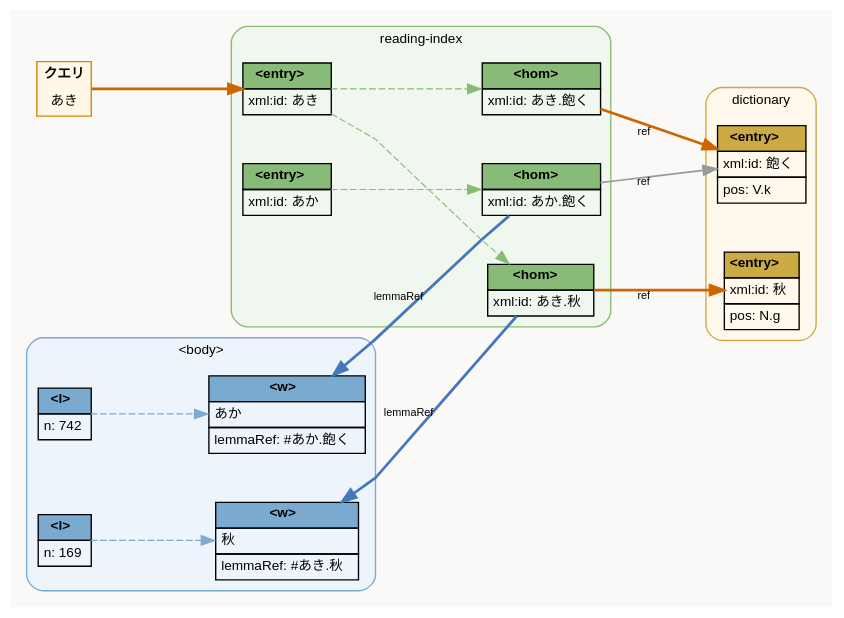
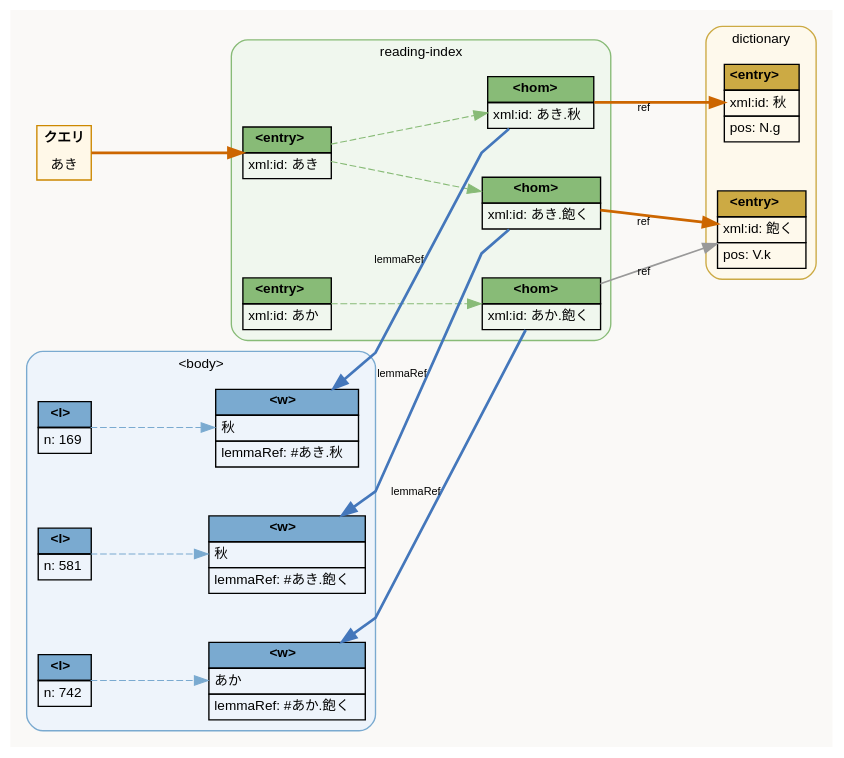
One commit to idiig/kokin-tei-merge changed the diagram in docs/search-ex2.dot. Above: the diagram before and after it, drawn with Graphviz. The commit also changed 1 other file, not shown here.

Commit message:
docs: Add third word node with autumn lemma to search example diagram
Add w3 node (秋, n: 581) linking via lemmaRef to hom_aki_aku,
illustrating additional reference to the "飽く" homonym.

```diff
--- a/docs/search-ex2.dot
+++ b/docs/search-ex2.dot
@@ -1,123 +1,136 @@
 digraph search_aki {
   graph [
     rankdir=LR
     fontname="Helvetica"
     bgcolor="#faf9f7"
     splines=polyline
     nodesep=0.5
     ranksep=1.2
     newrank=true
   ]
   node [fontname="Helvetica" fontsize=10 shape=plain]
   edge [fontname="Helvetica" fontsize=8 color="#aaaaaa" penwidth=0.8]
 
   /* ── query input ── */
   query [label=<<TABLE BORDER="1" CELLBORDER="0" CELLSPACING="0" CELLPADDING="4" BGCOLOR="#fff8e8" COLOR="#cc8800">
     <TR><TD><B>クエリ</B></TD></TR>
     <TR><TD>あき</TD></TR>
   </TABLE>>]
 
   /* ── reading-index ── */
   subgraph cluster_ri {
     label="reading-index"
     style="filled,rounded"
     fillcolor="#f0f7ee"
     color="#88bb77"
     fontname="Helvetica"
     fontsize=10
 
     ri_aki [label=<<TABLE BORDER="0" CELLBORDER="1" CELLSPACING="0" CELLPADDING="3">
       <TR><TD BGCOLOR="#88bb77"><B>&lt;entry&gt;</B></TD></TR>
       <TR><TD ALIGN="LEFT">xml:id: あき</TD></TR>
     </TABLE>>]
 
     hom_aki_aki [label=<<TABLE BORDER="0" CELLBORDER="1" CELLSPACING="0" CELLPADDING="3">
       <TR><TD BGCOLOR="#88bb77"><B>&lt;hom&gt;</B></TD></TR>
       <TR><TD ALIGN="LEFT">xml:id: あき.秋</TD></TR>
     </TABLE>>]
 
     hom_aki_aku [label=<<TABLE BORDER="0" CELLBORDER="1" CELLSPACING="0" CELLPADDING="3">
       <TR><TD BGCOLOR="#88bb77"><B>&lt;hom&gt;</B></TD></TR>
       <TR><TD ALIGN="LEFT">xml:id: あき.飽く</TD></TR>
     </TABLE>>]
 
     ri_aka [label=<<TABLE BORDER="0" CELLBORDER="1" CELLSPACING="0" CELLPADDING="3">
       <TR><TD BGCOLOR="#88bb77"><B>&lt;entry&gt;</B></TD></TR>
       <TR><TD ALIGN="LEFT">xml:id: あか</TD></TR>
     </TABLE>>]
 
     hom_aka_aku [label=<<TABLE BORDER="0" CELLBORDER="1" CELLSPACING="0" CELLPADDING="3">
       <TR><TD BGCOLOR="#88bb77"><B>&lt;hom&gt;</B></TD></TR>
       <TR><TD ALIGN="LEFT">xml:id: あか.飽く</TD></TR>
     </TABLE>>]
 
     ri_aki  -> hom_aki_aki [style=dashed color="#88bb77"]
     ri_aki  -> hom_aki_aku [style=dashed color="#88bb77"]
     ri_aka  -> hom_aka_aku [style=dashed color="#88bb77"]
   }
 
   /* ── dictionary ── */
   subgraph cluster_dict {
     label="dictionary"
     style="filled,rounded"
     fillcolor="#fef9ec"
     color="#ccaa44"
     fontname="Helvetica"
     fontsize=10
 
     e_aki [label=<<TABLE BORDER="0" CELLBORDER="1" CELLSPACING="0" CELLPADDING="3">
       <TR><TD BGCOLOR="#ccaa44"><B>&lt;entry&gt;</B></TD></TR>
       <TR><TD ALIGN="LEFT">xml:id: 秋</TD></TR>
       <TR><TD ALIGN="LEFT">pos: N.g</TD></TR>
     </TABLE>>]
 
     e_aku [label=<<TABLE BORDER="0" CELLBORDER="1" CELLSPACING="0" CELLPADDING="3">
       <TR><TD BGCOLOR="#ccaa44"><B>&lt;entry&gt;</B></TD></TR>
       <TR><TD ALIGN="LEFT">xml:id: 飽く</TD></TR>
       <TR><TD ALIGN="LEFT">pos: V.k</TD></TR>
     </TABLE>>]
   }
 
   /* ── body ── */
   subgraph cluster_body {
     label="&lt;body&gt;"
     style="filled,rounded"
     fillcolor="#eef4fb"
     color="#7aaad0"
     fontname="Helvetica"
     fontsize=10
 
     l1 [label=<<TABLE BORDER="0" CELLBORDER="1" CELLSPACING="0" CELLPADDING="3">
       <TR><TD BGCOLOR="#7aaad0"><B>&lt;l&gt;</B></TD></TR>
       <TR><TD ALIGN="LEFT">n: 169</TD></TR>
     </TABLE>>]
 
     w1 [label=<<TABLE BORDER="0" CELLBORDER="1" CELLSPACING="0" CELLPADDING="3">
       <TR><TD BGCOLOR="#7aaad0"><B>&lt;w&gt;</B></TD></TR>
       <TR><TD ALIGN="LEFT">秋</TD></TR>
       <TR><TD ALIGN="LEFT">lemmaRef: #あき.秋</TD></TR>
     </TABLE>>]
 
     l2 [label=<<TABLE BORDER="0" CELLBORDER="1" CELLSPACING="0" CELLPADDING="3">
       <TR><TD BGCOLOR="#7aaad0"><B>&lt;l&gt;</B></TD></TR>
       <TR><TD ALIGN="LEFT">n: 742</TD></TR>
     </TABLE>>]
 
     w2 [label=<<TABLE BORDER="0" CELLBORDER="1" CELLSPACING="0" CELLPADDING="3">
       <TR><TD BGCOLOR="#7aaad0"><B>&lt;w&gt;</B></TD></TR>
       <TR><TD ALIGN="LEFT">あか</TD></TR>
       <TR><TD ALIGN="LEFT">lemmaRef: #あか.飽く</TD></TR>
     </TABLE>>]
 
+    l3 [label=<<TABLE BORDER="0" CELLBORDER="1" CELLSPACING="0" CELLPADDING="3">
+      <TR><TD BGCOLOR="#7aaad0"><B>&lt;l&gt;</B></TD></TR>
+      <TR><TD ALIGN="LEFT">n: 581</TD></TR>
+    </TABLE>>]
+
+    w3 [label=<<TABLE BORDER="0" CELLBORDER="1" CELLSPACING="0" CELLPADDING="3">
+      <TR><TD BGCOLOR="#7aaad0"><B>&lt;w&gt;</B></TD></TR>
+      <TR><TD ALIGN="LEFT">秋</TD></TR>
+      <TR><TD ALIGN="LEFT">lemmaRef: #あき.飽く</TD></TR>
+    </TABLE>>]
+
     l1 -> w1 [style=dashed color="#7aaad0"]
     l2 -> w2 [style=dashed color="#7aaad0"]
+    l3 -> w3 [style=dashed color="#7aaad0"]
   }
 
   /* ── search path (highlighted) ── */
   query       -> ri_aki      [style=bold penwidth=2 color="#cc6600"]
   hom_aki_aki -> e_aki       [xlabel="ref" style=bold penwidth=2 color="#cc6600"]
   hom_aki_aku -> e_aku       [xlabel="ref" style=bold penwidth=2 color="#cc6600"]
   hom_aka_aku -> e_aku       [xlabel="ref" penwidth=1.2 color="#999999"]
   w1          -> hom_aki_aki [xlabel="lemmaRef" style=bold penwidth=2 color="#4477bb" dir=back]
   w2          -> hom_aka_aku [xlabel="lemmaRef" style=bold penwidth=2 color="#4477bb" dir=back]
+  w3          -> hom_aki_aku [xlabel="lemmaRef" style=bold penwidth=2 color="#4477bb" dir=back]
 }
```
